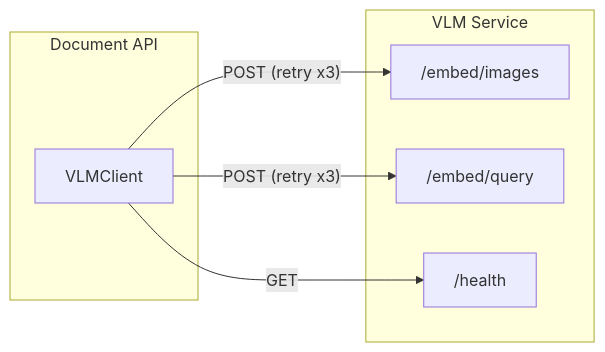
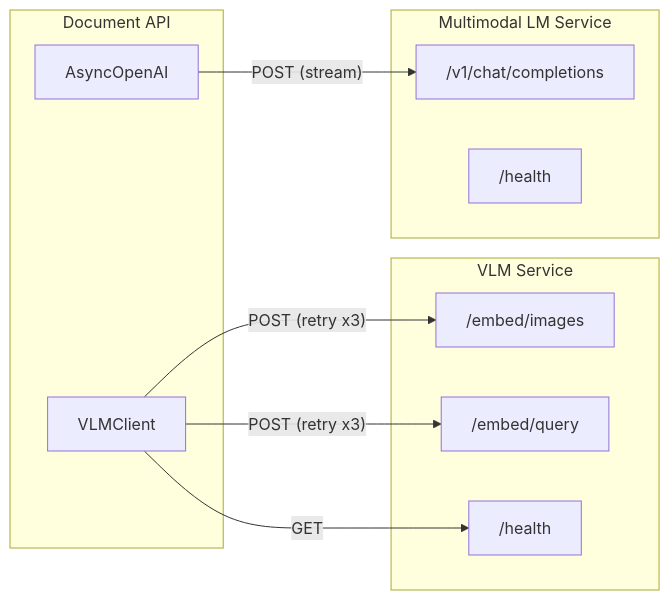
Before and after one commit to akosgintl/colpali-rag-app: the sixth of 6 diagrams in docs/architecture.md, drawn with Mermaid. The commit also changed other lines of this file and 35 other files, not shown here.

````diff
--- a/docs/architecture.md
+++ b/docs/architecture.md
@@ -292,16 +307,23 @@
 ```mermaid
 graph LR
     subgraph DocAPI["Document API"]
         Client["VLMClient"]
+        OAI["AsyncOpenAI"]
     end
 
     subgraph VLMService["VLM Service"]
         Embed["/embed/images"]
         Query["/embed/query"]
         Health["/health"]
     end
 
+    subgraph MLMService["Multimodal LM Service"]
+        Chat["/v1/chat/completions"]
+        MLMHealth["/health"]
+    end
+
     Client -->|"POST (retry x3)"| Embed
     Client -->|"POST (retry x3)"| Query
     Client -->|"GET"| Health
+    OAI -->|"POST (stream)"| Chat
 ```
````
